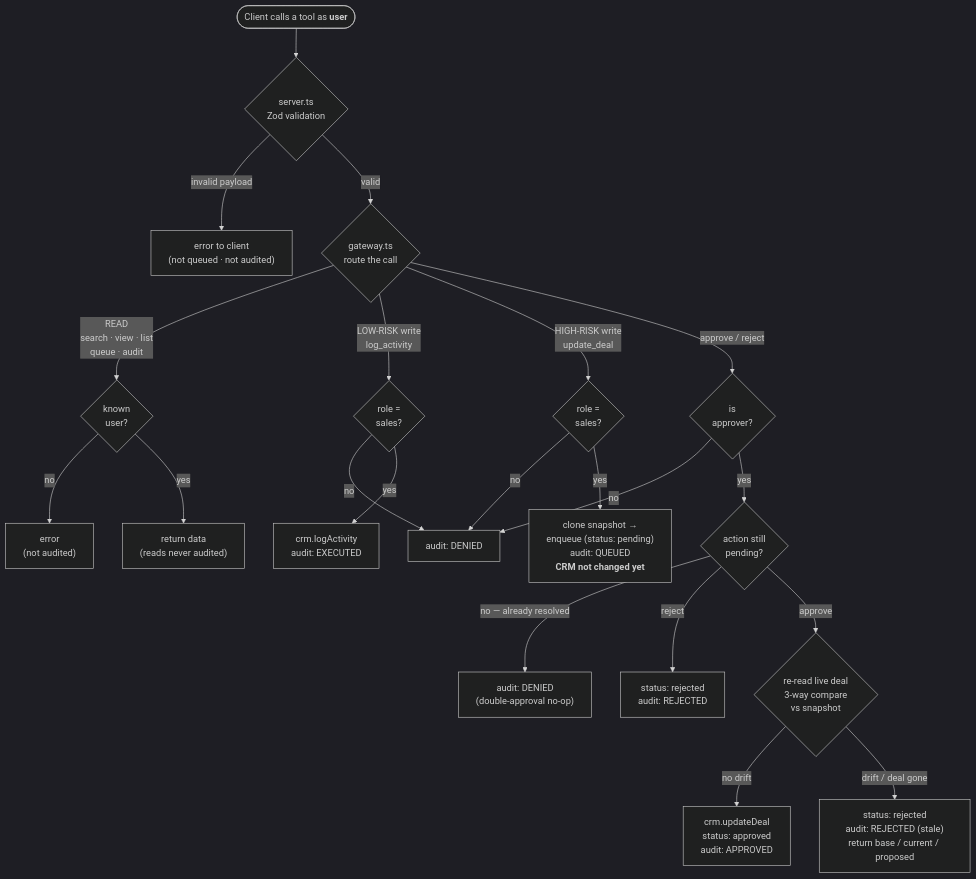
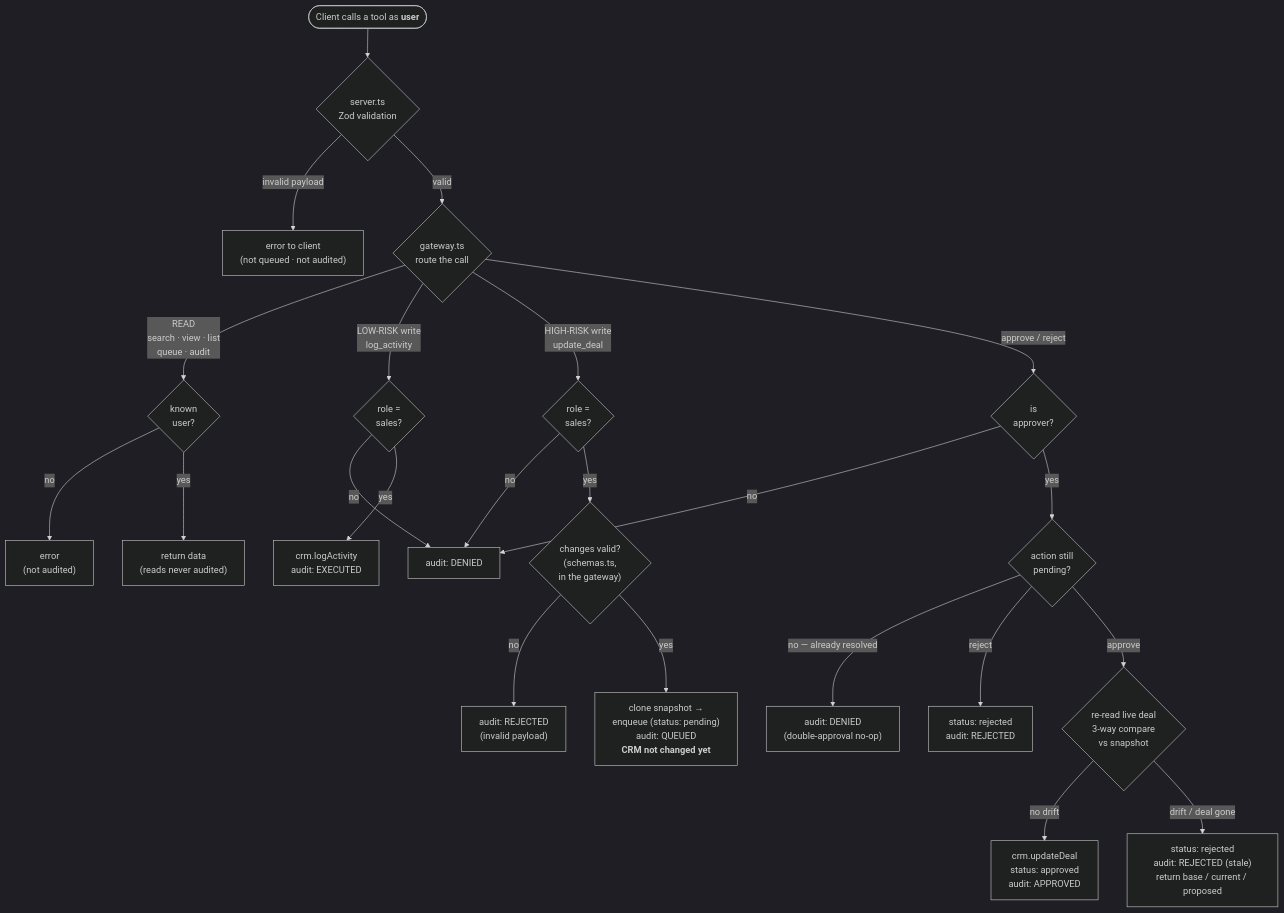
One commit to gabsalvo/mini_agent_hub changed the diagram in README.md. Above: the diagram before and after it, drawn with Mermaid (dark theme). The commit also changed other lines of this file and 3 other files, not shown here.

Commit message:
Audit malformed update_deal payloads (validate in gateway); add READMELLM.md

````diff
--- a/README.md
+++ b/README.md
@@ -370,31 +378,33 @@
 ```mermaid
 flowchart TD
     C(["Client calls a tool as <b>user</b>"]) --> V{"server.ts<br/>Zod validation"}
     V -- "invalid payload" --> VE["error to client<br/>(not queued · not audited)"]
     V -- "valid" --> G{"gateway.ts<br/>route the call"}
 
     %% Reads — open to any known user, never audited
     G -- "READ<br/>search · view · list<br/>queue · audit" --> RA{"known<br/>user?"}
     RA -- "no" --> RE["error<br/>(not audited)"]
     RA -- "yes" --> RD["return data<br/>(reads never audited)"]
 
     %% Low-risk write — executes immediately
     G -- "LOW-RISK write<br/>log_activity" --> PL{"role =<br/>sales?"}
     PL -- "no" --> D["audit: DENIED"]
     PL -- "yes" --> EX["crm.logActivity<br/>audit: EXECUTED"]
 
     %% High-risk write — queued, NOT applied
     G -- "HIGH-RISK write<br/>update_deal" --> PH{"role =<br/>sales?"}
     PH -- "no" --> D
-    PH -- "yes" --> Q["clone snapshot →<br/>enqueue (status: pending)<br/>audit: QUEUED<br/><b>CRM not changed yet</b>"]
+    PH -- "yes" --> VP{"changes valid?<br/>(schemas.ts,<br/>in the gateway)"}
+    VP -- "no" --> D3["audit: REJECTED<br/>(invalid payload)"]
+    VP -- "yes" --> Q["clone snapshot →<br/>enqueue (status: pending)<br/>audit: QUEUED<br/><b>CRM not changed yet</b>"]
 
     %% Approve / reject — approver only, freshness re-checked
     G -- "approve / reject" --> PA{"is<br/>approver?"}
     PA -- "no" --> D
     PA -- "yes" --> GD{"action still<br/>pending?"}
     GD -- "no — already resolved" --> D2["audit: DENIED<br/>(double-approval no-op)"]
     GD -- "reject" --> RJ["status: rejected<br/>audit: REJECTED"]
     GD -- "approve" --> F{"re-read live deal<br/>3-way compare<br/>vs snapshot"}
     F -- "no drift" --> AP["crm.updateDeal<br/>status: approved<br/>audit: APPROVED"]
     F -- "drift / deal gone" --> ST["status: rejected<br/>audit: REJECTED (stale)<br/>return base / current / proposed"]
 ```
````
